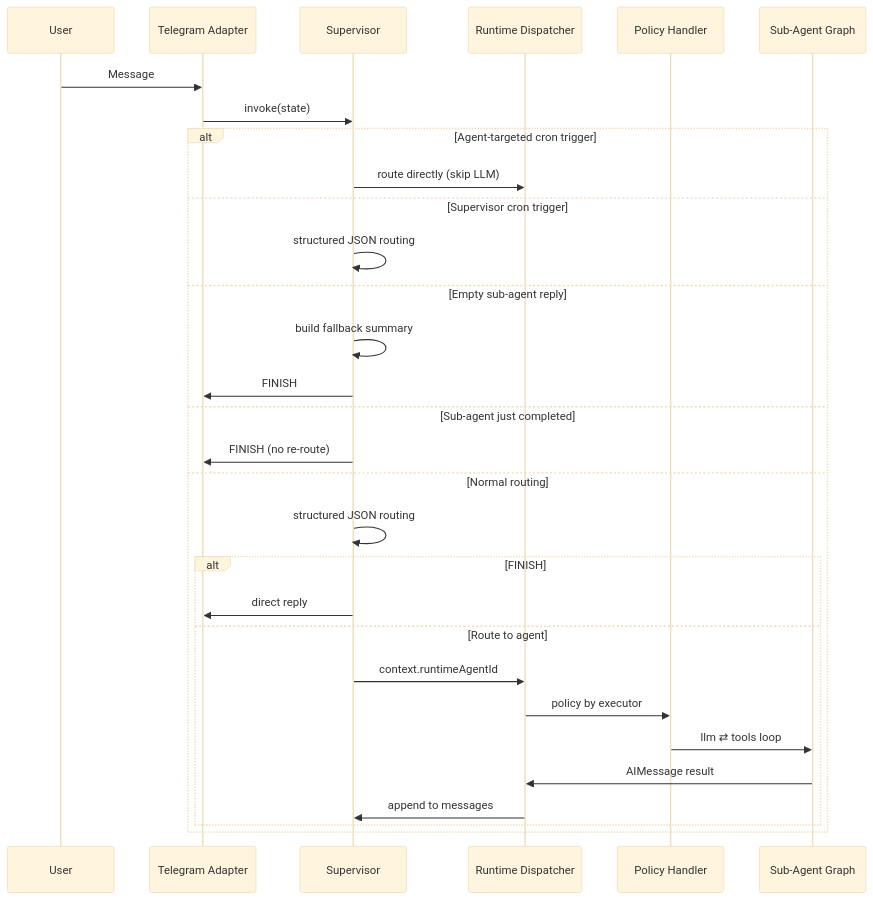
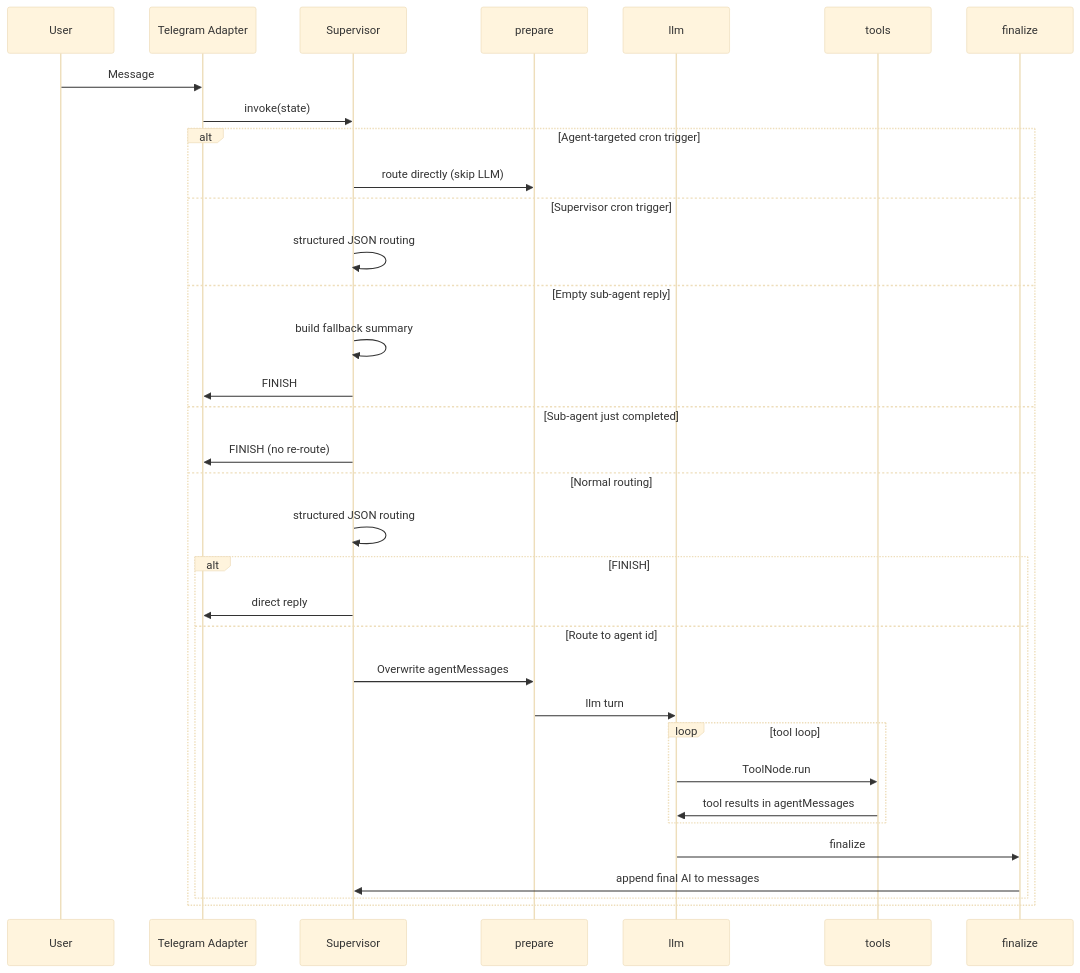
One commit to slnnzmtl/langgraph-personal-assistant changed the second of 2 diagrams in docs/ARCHITECTURE.md. Above: the diagram before and after it, drawn with Mermaid (base theme). The commit also changed other lines of this file, not shown here.

Commit message:
docs: update architecture documentation to reflect changes in runtime agent definitions, execution flow, and compile-time agent registry, enhancing clarity and accuracy of system design

````diff
--- a/docs/ARCHITECTURE.md
+++ b/docs/ARCHITECTURE.md
@@ -162,33 +164,37 @@
 ```mermaid
 sequenceDiagram
     participant U as User
     participant T as Telegram Adapter
     participant S as Supervisor
-    participant D as Runtime Dispatcher
-    participant P as Policy Handler
-    participant SG as Sub-Agent Graph
+    participant P as prepare
+    participant L as llm
+    participant X as tools
+    participant F as finalize
 
     U->>T: Message
     T->>S: invoke(state)
     alt Agent-targeted cron trigger
-        S->>D: route directly (skip LLM)
+        S->>P: route directly (skip LLM)
     else Supervisor cron trigger
         S->>S: structured JSON routing
     else Empty sub-agent reply
         S->>S: build fallback summary
         S->>T: FINISH
     else Sub-agent just completed
         S->>T: FINISH (no re-route)
     else Normal routing
         S->>S: structured JSON routing
         alt FINISH
             S->>T: direct reply
-        else Route to agent
-            S->>D: context.runtimeAgentId
-            D->>P: policy by executor
-            P->>SG: llm ⇄ tools loop
-            SG->>D: AIMessage result
-            D->>S: append to messages
+        else Route to agent id
+            S->>P: Overwrite agentMessages
+            P->>L: llm turn
+            loop tool loop
+                L->>X: ToolNode.run
+                X->>L: tool results in agentMessages
+            end
+            L->>F: finalize
+            F->>S: append final AI to messages
         end
     end
 ```
````
